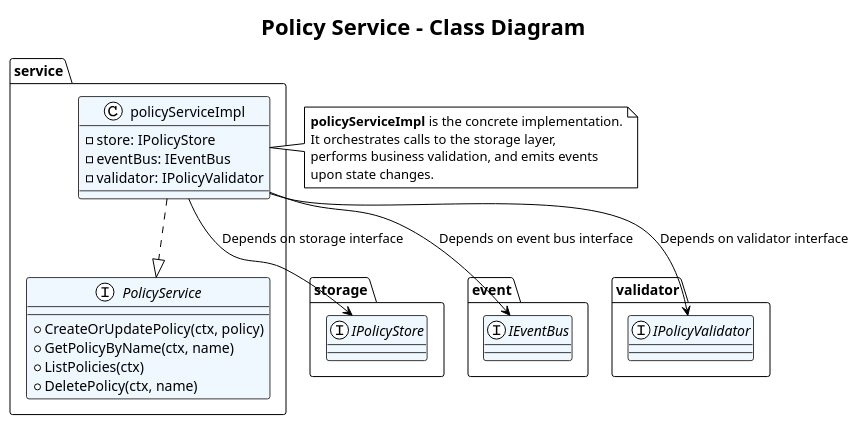
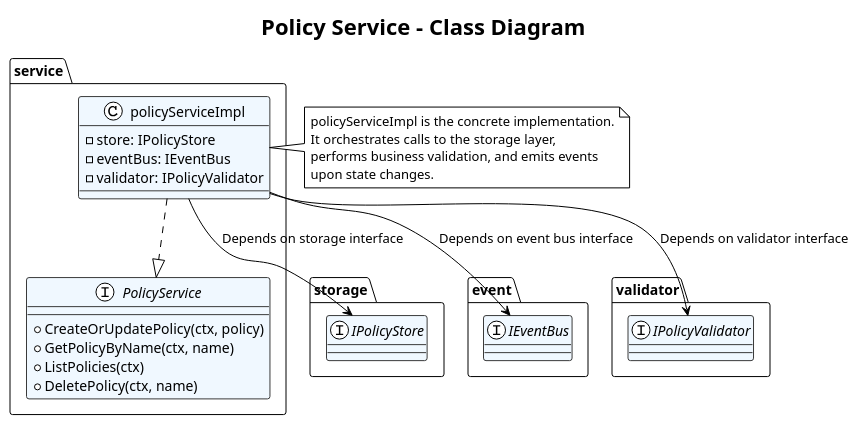
Before and after one commit to kalahetun/Minesweeper: the fourth of 9 diagrams in executor/docs/design_doc/Design_1_Control_Plane.md, drawn with PlantUML. The commit also changed other lines of this file and 27 other files, not shown here.

````diff
--- a/executor/docs/design_doc/Design_1_Control_Plane.md
+++ b/executor/docs/design_doc/Design_1_Control_Plane.md
@@ -238,55 +238,55 @@
 ```plantuml
 @startuml
 !theme plain
 skinparam class {
     BorderColor #3A3A3A
     BackgroundColor #AliceBlue
 }
 skinparam interface {
     BorderColor #3A3A3A
     BackgroundColor #LightYellow
 }
 
 title Policy Service - Class Diagram
 
 package "service" {
     interface "PolicyService" as IService {
         + CreateOrUpdatePolicy(ctx, policy)
         + GetPolicyByName(ctx, name)
         + ListPolicies(ctx)
         + DeletePolicy(ctx, name)
     }
 
     class "policyServiceImpl" as ServiceImpl {
         - store: IPolicyStore
         - eventBus: IEventBus
         - validator: IPolicyValidator
     }
     
     ServiceImpl ..|> IService
 }
 
 package "storage" {
     interface "IPolicyStore" as IStore
 }
 
 package "event" {
     interface "IEventBus" as IBus
 }
 
 package "validator" {
     interface "IPolicyValidator" as IValidator
 }
 
 ServiceImpl --> IStore : Depends on storage interface
 ServiceImpl --> IBus : Depends on event bus interface
 ServiceImpl --> IValidator : Depends on validator interface
 
 note right of ServiceImpl
-  **policyServiceImpl** is the concrete implementation.
+  policyServiceImpl is the concrete implementation.
   It orchestrates calls to the storage layer,
   performs business validation, and emits events
   upon state changes.
 end note
 @enduml
 ```
````
